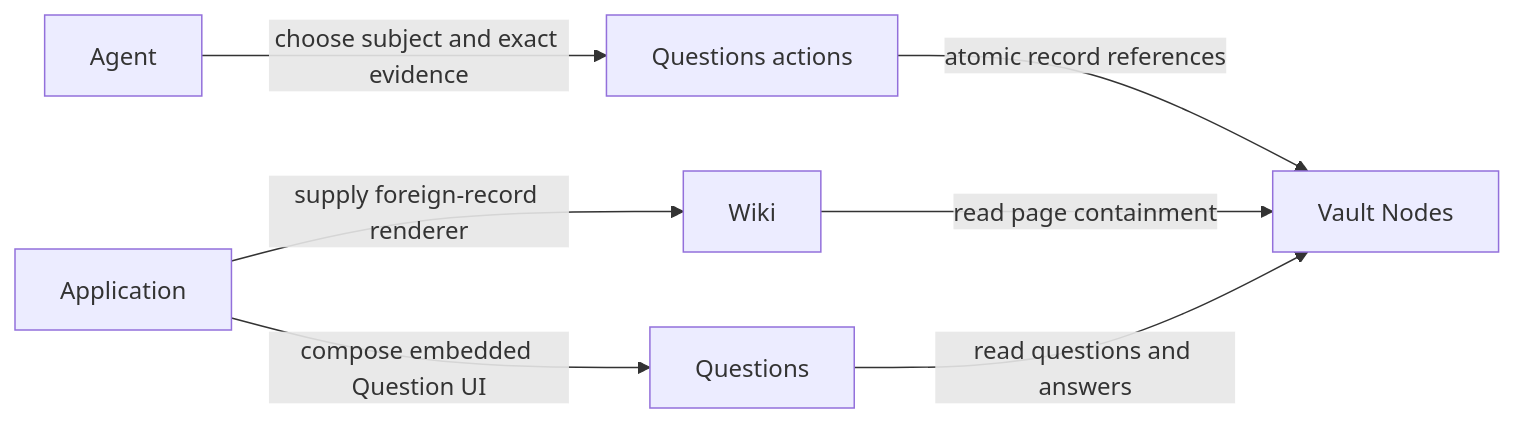
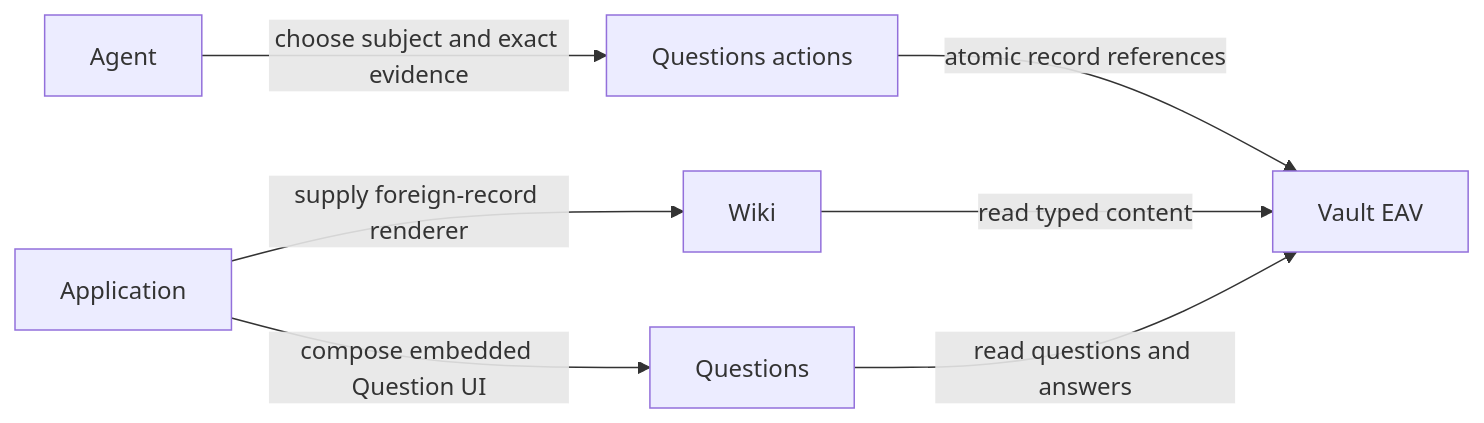
One commit to JimLundin/vaulter changed the second of 2 diagrams in ARCHITECTURE.md. Above: the diagram before and after it, drawn with Mermaid. The commit also changed other lines of this file and 66 other files, not shown here.

Commit message:
Adopt EAV-only Questions with typed Wiki integration

````diff
--- a/ARCHITECTURE.md
+++ b/ARCHITECTURE.md
@@ -98,9 +115,9 @@
 ```mermaid
 flowchart LR
   Agent -->|choose subject and exact evidence| Actions[Questions actions]
-  Actions -->|atomic record references| Vault[Vault Nodes]
-  Wiki -->|read page containment| Vault
+  Actions -->|atomic record references| Vault[Vault EAV]
+  Wiki -->|read typed content| Vault
   Questions -->|read questions and answers| Vault
   Application -->|supply foreign-record renderer| Wiki
   Application -->|compose embedded Question UI| Questions
 ```
````
